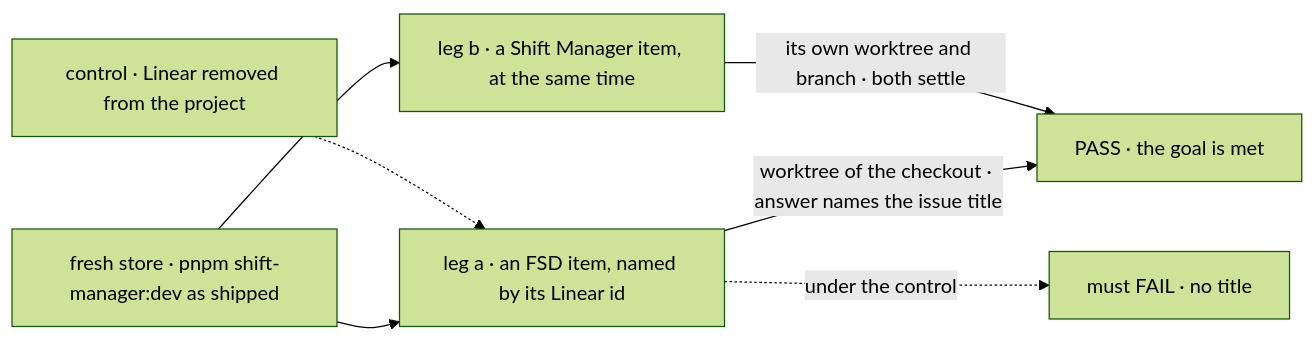
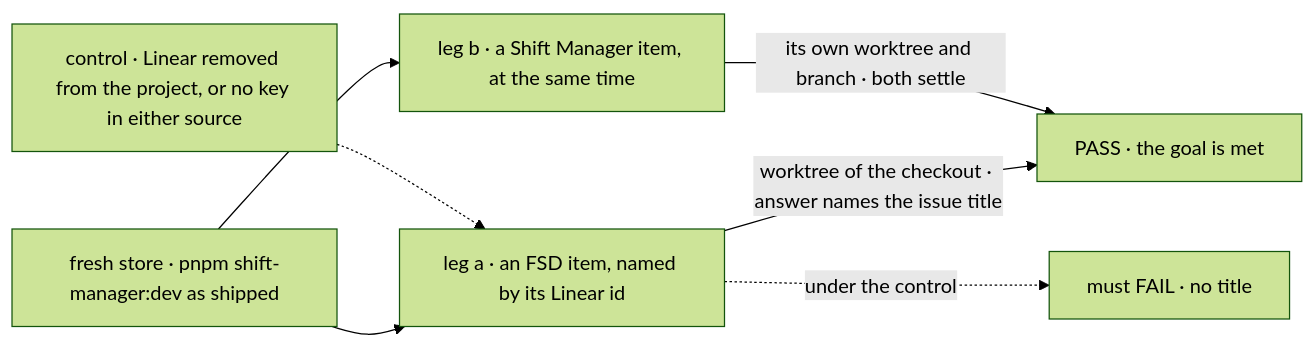
Before and after one commit to fixpoint-labs/flow-state-dev: the first of 2 diagrams in specs/epics/FIX-1903/SPEC.md, drawn with Mermaid (forest theme). The commit also changed other lines of this file and 6 other files, not shown here.

````diff
--- a/specs/epics/FIX-1903/SPEC.md
+++ b/specs/epics/FIX-1903/SPEC.md
@@ -34,9 +34,9 @@
 ```mermaid
 flowchart LR
   O["fresh store · pnpm shift-manager:dev as shipped"] --> A["leg a · an FSD item, named by its Linear id"]
   O --> B["leg b · a Shift Manager item, at the same time"]
   A -->|"worktree of the checkout · answer names the issue title"| P["PASS · the goal is met"]
   B -->|"its own worktree and branch · both settle"| P
-  C["control · Linear removed from the project"] -.-> A
+  C["control · Linear removed from the project, or no key in either source"] -.-> A
   A -.->|"under the control"| F["must FAIL · no title"]
 ```
````
